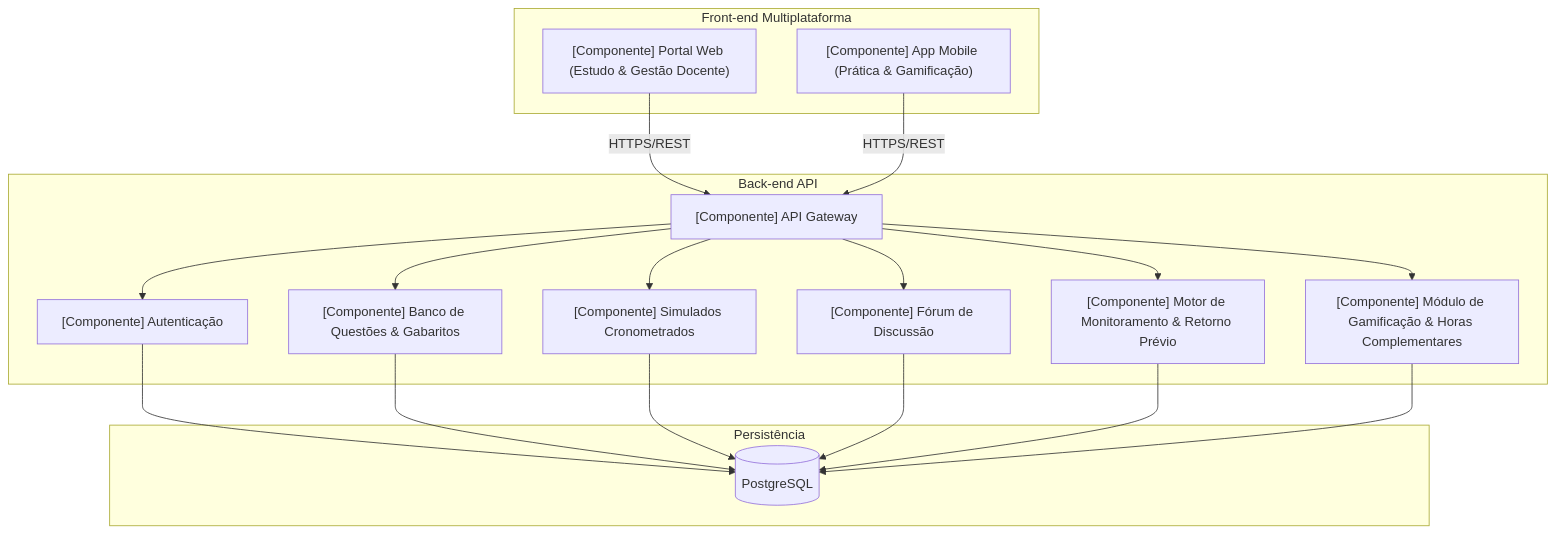
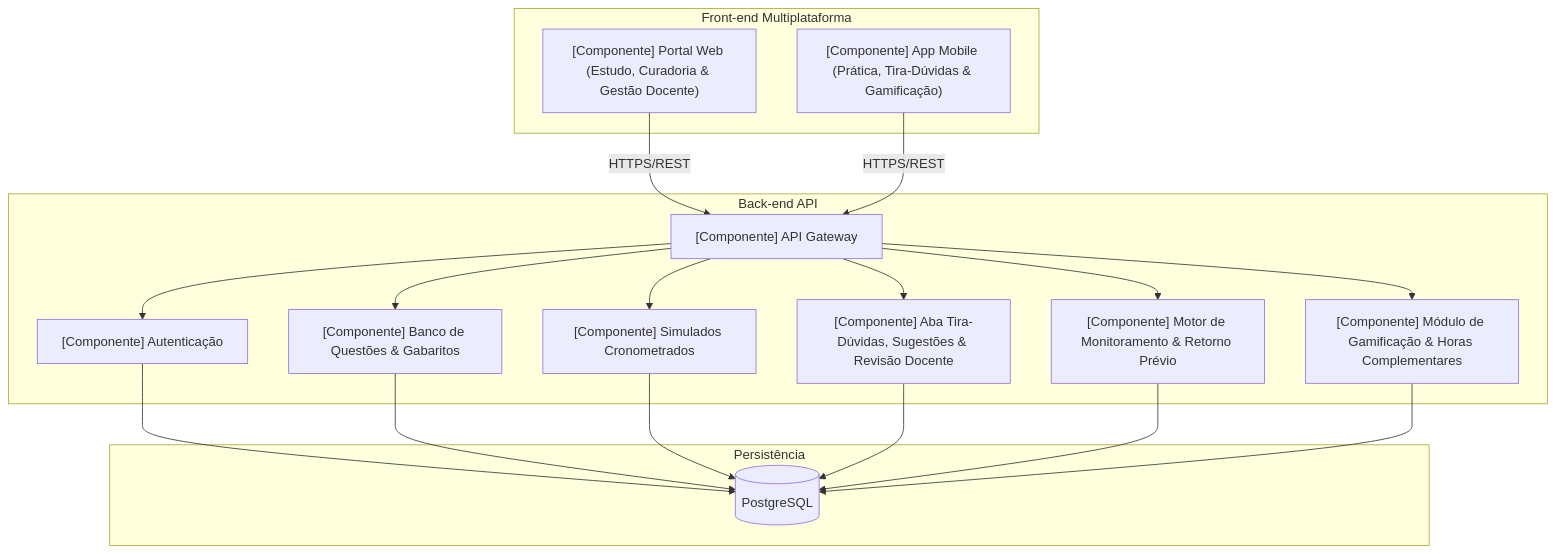
The second of 3 diagrams in README.md (joaohgabriell/sistema-apoio-enade-unifor), drawn with Mermaid before and after one commit. The commit also changed other lines of this file, not shown here.

Commit message:
feat: adiciona aba tira-duvidas entre alunos, mural de sugestoes e revisao periodica docente

```diff
--- a/README.md
+++ b/README.md
@@ -119,23 +129,23 @@
 ~~~mermaid
 flowchart TB
     subgraph Front-end Multiplataforma
-        Web["[Componente] Portal Web (Estudo & Gestão Docente)"]
-        Mob["[Componente] App Mobile (Prática & Gamificação)"]
+        Web["[Componente] Portal Web (Estudo, Curadoria & Gestão Docente)"]
+        Mob["[Componente] App Mobile (Prática, Tira-Dúvidas & Gamificação)"]
     end
     subgraph Back-end API
         API["[Componente] API Gateway"]
         Auth["[Componente] Autenticação"]
         BancoQ["[Componente] Banco de Questões & Gabaritos"]
         Sim["[Componente] Simulados Cronometrados"]
-        Forum["[Componente] Fórum de Discussão"]
+        TiraDuvidas["[Componente] Aba Tira-Dúvidas, Sugestões & Revisão Docente"]
         Monit["[Componente] Motor de Monitoramento & Retorno Prévio"]
         Gamif["[Componente] Módulo de Gamificação & Horas Complementares"]
     end
     subgraph Persistência
         DB[("PostgreSQL")]
     end
 
     Web & Mob -->|HTTPS/REST| API
-    API --> Auth & BancoQ & Sim & Forum & Monit & Gamif
-    Auth & BancoQ & Sim & Forum & Monit & Gamif --> DB
+    API --> Auth & BancoQ & Sim & TiraDuvidas & Monit & Gamif
+    Auth & BancoQ & Sim & TiraDuvidas & Monit & Gamif --> DB
 ~~~
```
